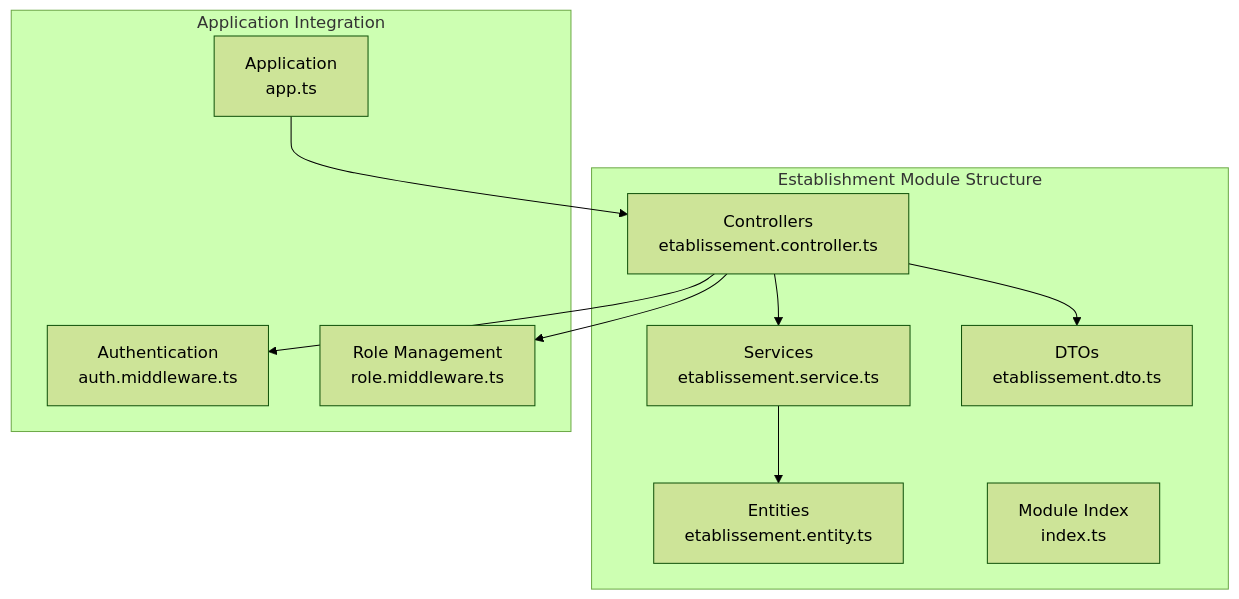
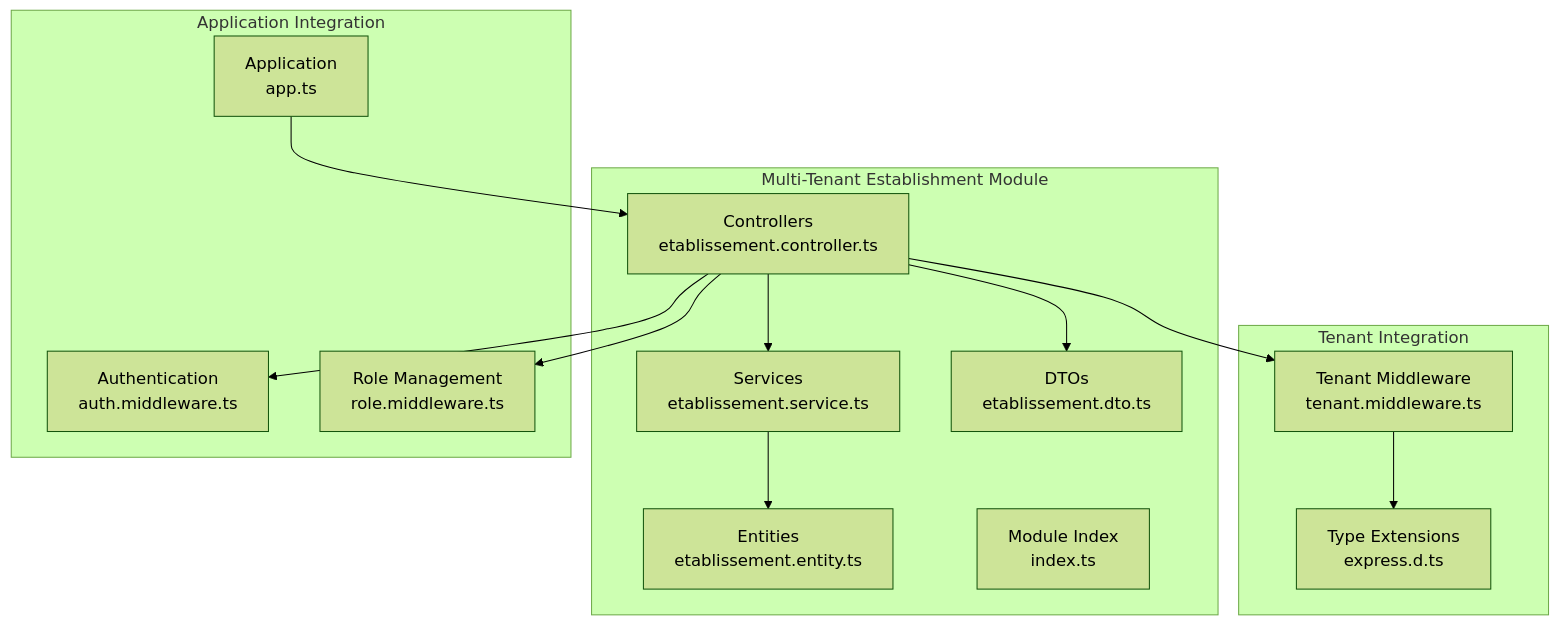
One commit to franckylab/eLISAschool changed the second of 11 diagrams in .qoder/repowiki/en/content/Modules & Features/Administrative Modules/Establishment Management.md. Above: the diagram before and after it, drawn with Mermaid (forest theme). The commit also changed other lines of this file and 126 other files, not shown here.

````diff
--- a/.qoder/repowiki/en/content/Modules & Features/Administrative Modules/Establishment Management.md
+++ b/.qoder/repowiki/en/content/Modules & Features/Administrative Modules/Establishment Management.md
@@ -36,21 +94,27 @@
 ```mermaid
 graph TB
-subgraph "Establishment Module Structure"
+subgraph "Multi-Tenant Establishment Module"
 Controllers["Controllers<br/>etablissement.controller.ts"]
 Services["Services<br/>etablissement.service.ts"]
 Entities["Entities<br/>etablissement.entity.ts"]
 DTOs["DTOs<br/>etablissement.dto.ts"]
 Index["Module Index<br/>index.ts"]
+end
+subgraph "Tenant Integration"
+TenantMW["Tenant Middleware<br/>tenant.middleware.ts"]
+Types["Type Extensions<br/>express.d.ts"]
 end
 subgraph "Application Integration"
 App["Application<br/>app.ts"]
 Auth["Authentication<br/>auth.middleware.ts"]
 Roles["Role Management<br/>role.middleware.ts"]
 end
 Controllers --> Services
 Services --> Entities
 Controllers --> DTOs
+Controllers --> TenantMW
+TenantMW --> Types
 App --> Controllers
 Controllers --> Auth
 Controllers --> Roles
 ```
````
